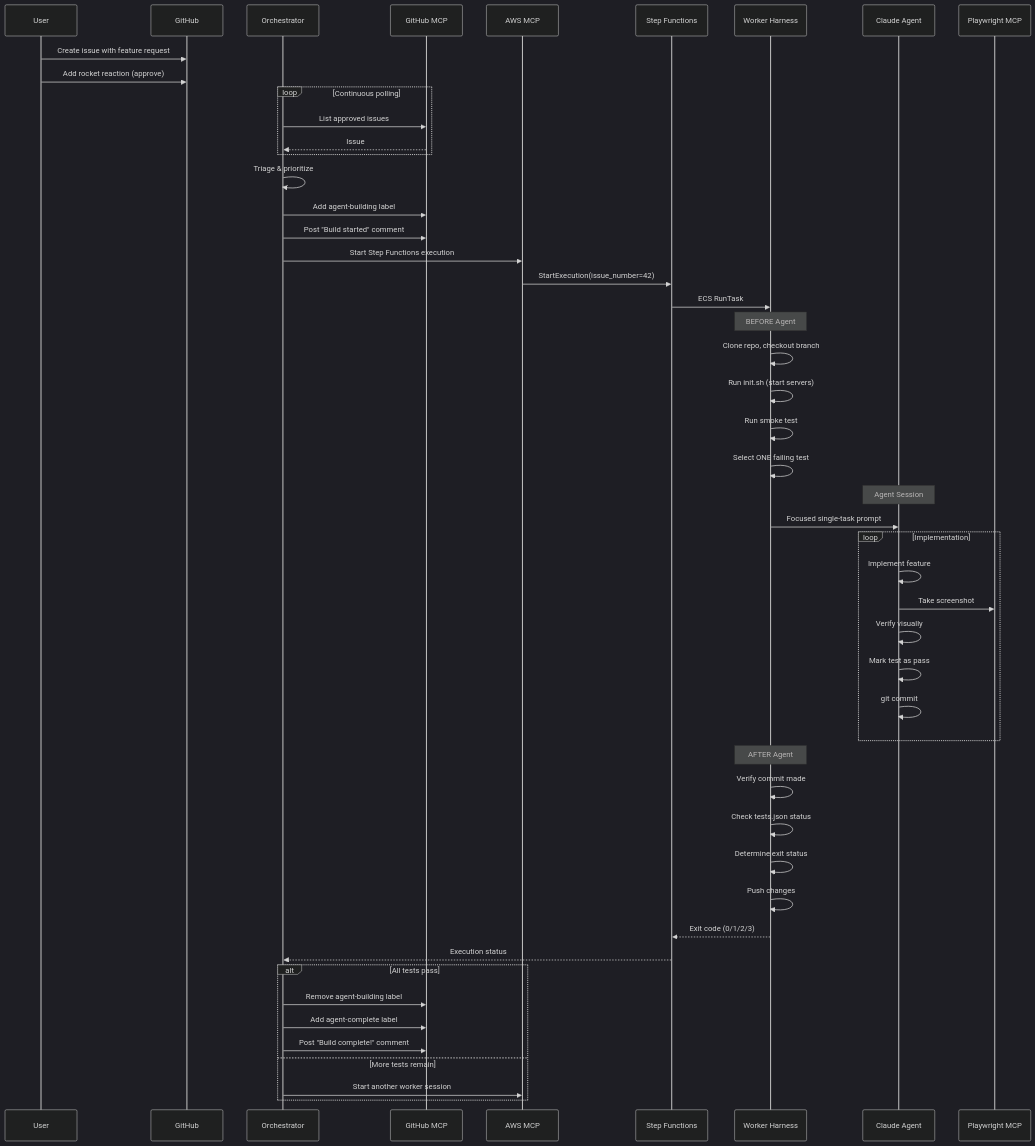
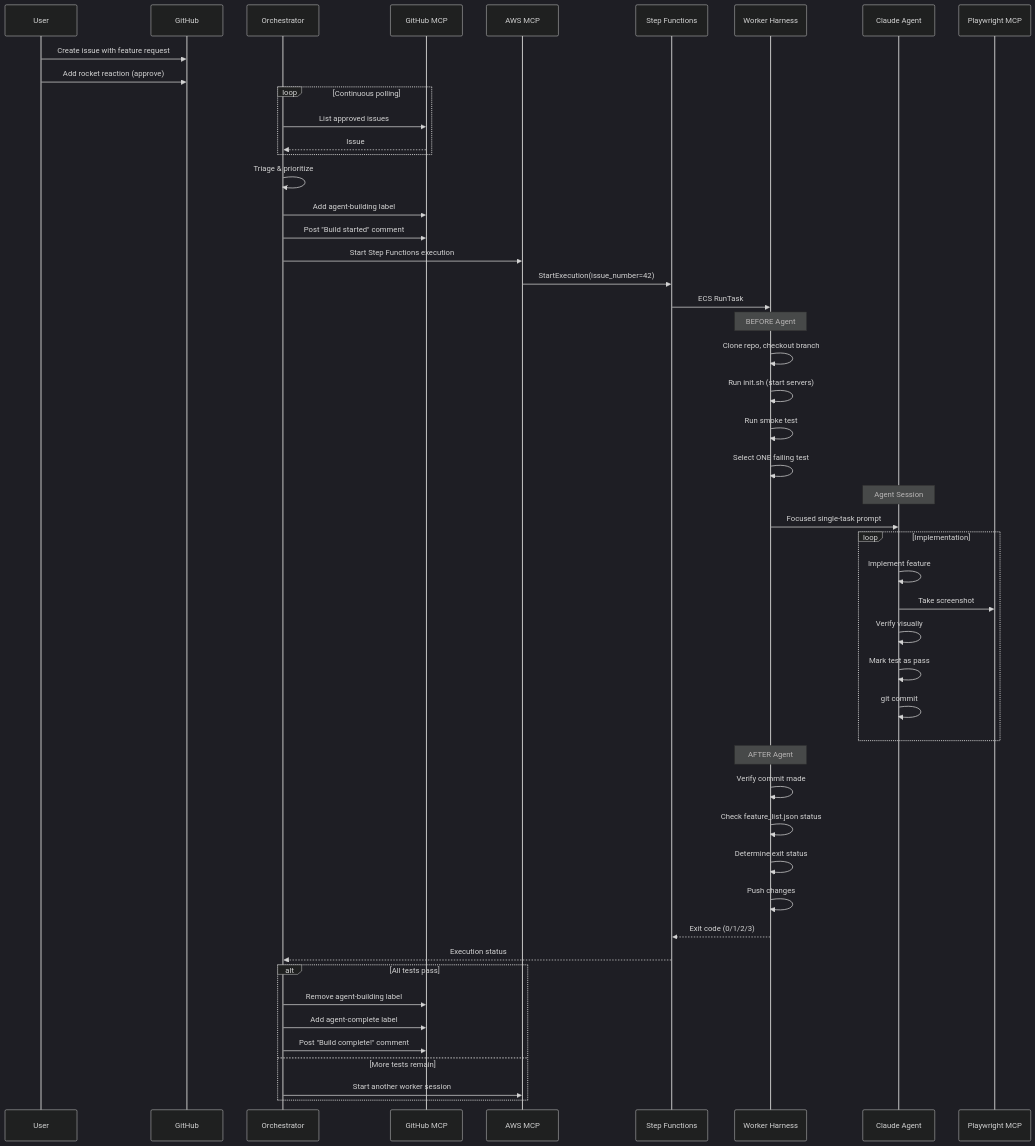
The seventh of 9 diagrams in README.md (jawhnycooke/riv2025-long-horizon-coding-agent-demo), drawn with Mermaid (dark theme) before and after one commit. The commit also changed other lines of this file and 7 other files, not shown here.

First line of the commit message:
fix: Address code review issues for feature_list.json migration

````diff
--- a/README.md
+++ b/README.md
@@ -286,62 +286,62 @@
 ```mermaid
 sequenceDiagram
     participant User
     participant GitHub
     participant Orchestrator
     participant GitHubMCP as GitHub MCP
     participant AWSMCP as AWS MCP
     participant StepFunctions as Step Functions
     participant Harness as Worker Harness
     participant Agent as Claude Agent
     participant PlaywrightMCP as Playwright MCP
 
     User->>GitHub: Create issue with feature request
     User->>GitHub: Add rocket reaction (approve)
 
     loop Continuous polling
         Orchestrator->>GitHubMCP: List approved issues
         GitHubMCP-->>Orchestrator: Issue #42 approved
     end
 
     Orchestrator->>Orchestrator: Triage & prioritize
     Orchestrator->>GitHubMCP: Add agent-building label
     Orchestrator->>GitHubMCP: Post "Build started" comment
     Orchestrator->>AWSMCP: Start Step Functions execution
 
     AWSMCP->>StepFunctions: StartExecution(issue_number=42)
     StepFunctions->>Harness: ECS RunTask
 
     Note over Harness: BEFORE Agent
     Harness->>Harness: Clone repo, checkout branch
     Harness->>Harness: Run init.sh (start servers)
     Harness->>Harness: Run smoke test
     Harness->>Harness: Select ONE failing test
 
     Note over Agent: Agent Session
     Harness->>Agent: Focused single-task prompt
 
     loop Implementation
         Agent->>Agent: Implement feature
         Agent->>PlaywrightMCP: Take screenshot
         Agent->>Agent: Verify visually
         Agent->>Agent: Mark test as pass
         Agent->>Agent: git commit
     end
 
     Note over Harness: AFTER Agent
     Harness->>Harness: Verify commit made
-    Harness->>Harness: Check tests.json status
+    Harness->>Harness: Check feature_list.json status
     Harness->>Harness: Determine exit status
     Harness->>Harness: Push changes
 
     Harness-->>StepFunctions: Exit code (0/1/2/3)
     StepFunctions-->>Orchestrator: Execution status
 
     alt All tests pass
         Orchestrator->>GitHubMCP: Remove agent-building label
         Orchestrator->>GitHubMCP: Add agent-complete label
         Orchestrator->>GitHubMCP: Post "Build complete!" comment
     else More tests remain
         Orchestrator->>AWSMCP: Start another worker session
     end
 ```
````
